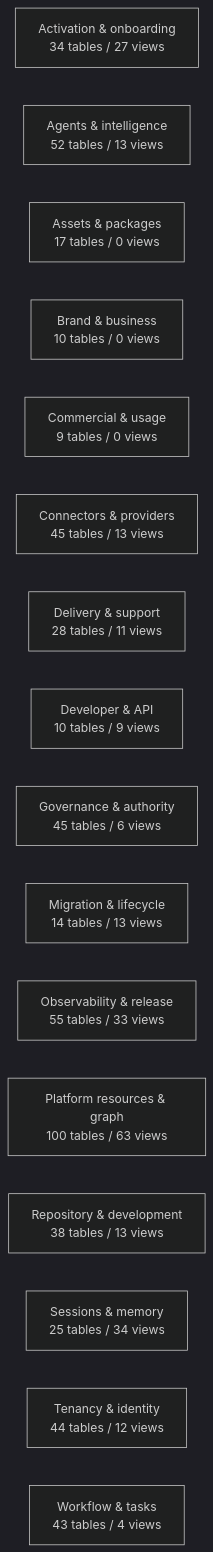
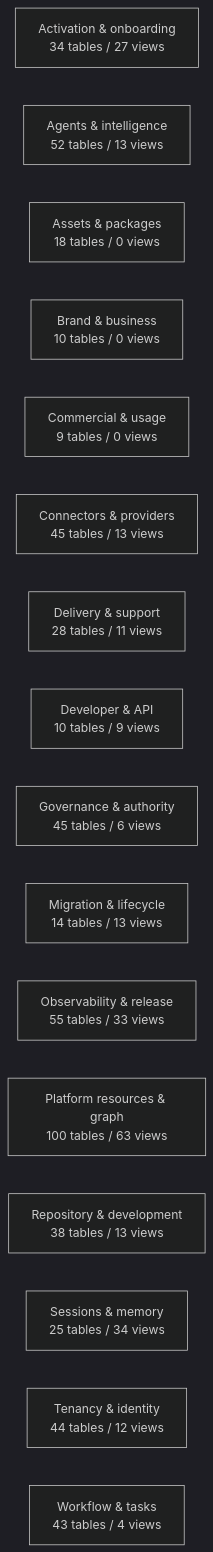
One commit to mad4bdigital-ai/multi-business-multi-role-growth-intelligence-os changed the diagram in docs/work-maps/data-model-domain-map.md. Above: the diagram before and after it, drawn with Mermaid (dark theme). The commit also changed other lines of this file and 29 other files, not shown here.

Commit message:
fix(staging): bootstrap canonical schema objects before ordered migration use

````diff
--- a/docs/work-maps/data-model-domain-map.md
+++ b/docs/work-maps/data-model-domain-map.md
@@ -9,19 +9,19 @@
 ```mermaid
 flowchart LR
   n_Activation___onboarding["Activation & onboarding<br/>34 tables / 27 views"]
   n_Agents___intelligence["Agents & intelligence<br/>52 tables / 13 views"]
-  n_Assets___packages["Assets & packages<br/>17 tables / 0 views"]
+  n_Assets___packages["Assets & packages<br/>18 tables / 0 views"]
   n_Brand___business["Brand & business<br/>10 tables / 0 views"]
   n_Commercial___usage["Commercial & usage<br/>9 tables / 0 views"]
   n_Connectors___providers["Connectors & providers<br/>45 tables / 13 views"]
   n_Delivery___support["Delivery & support<br/>28 tables / 11 views"]
   n_Developer___API["Developer & API<br/>10 tables / 9 views"]
   n_Governance___authority["Governance & authority<br/>45 tables / 6 views"]
   n_Migration___lifecycle["Migration & lifecycle<br/>14 tables / 13 views"]
   n_Observability___release["Observability & release<br/>55 tables / 33 views"]
   n_Platform_resources___graph["Platform resources & graph<br/>100 tables / 63 views"]
   n_Repository___development["Repository & development<br/>38 tables / 13 views"]
   n_Sessions___memory["Sessions & memory<br/>25 tables / 34 views"]
   n_Tenancy___identity["Tenancy & identity<br/>44 tables / 12 views"]
   n_Workflow___tasks["Workflow & tasks<br/>43 tables / 4 views"]
 ```
````
